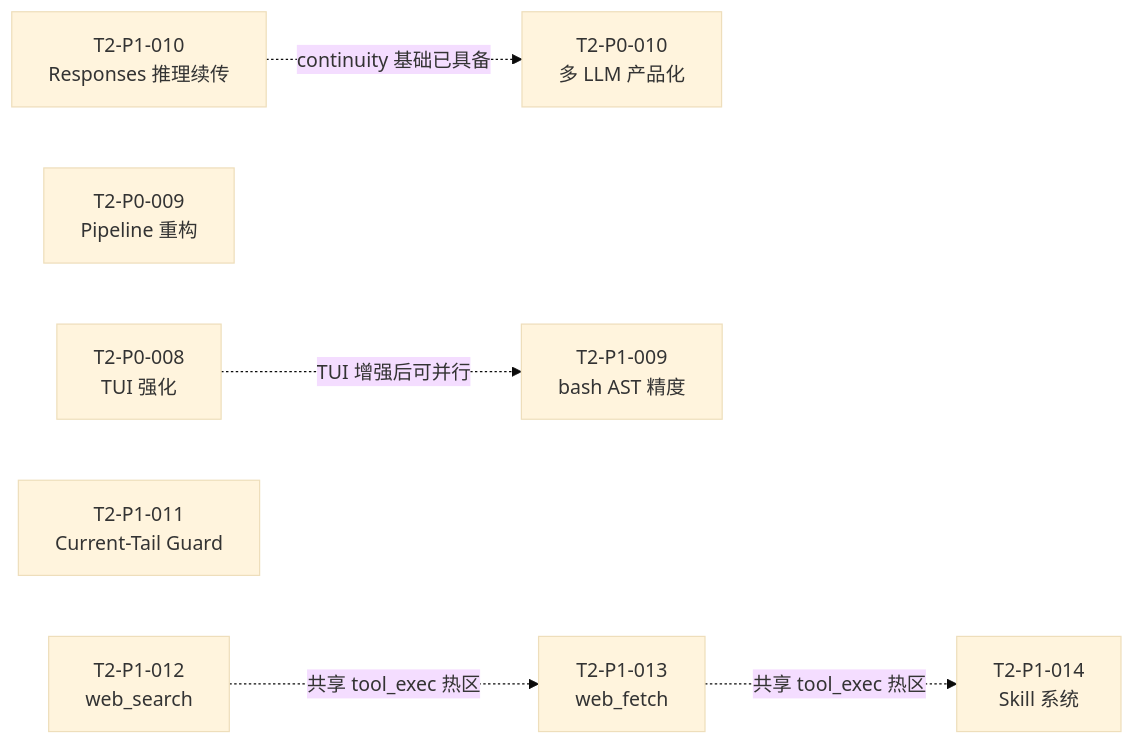
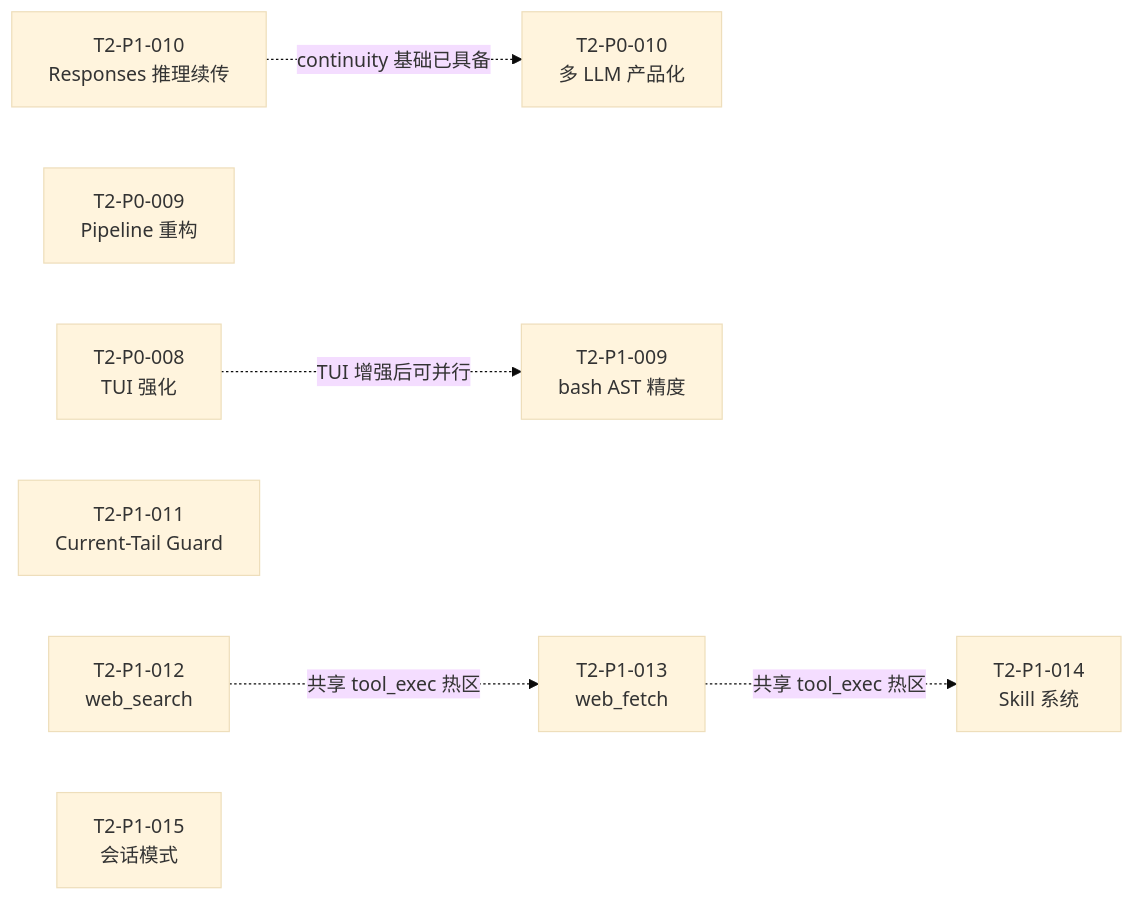
The diagram in tomcat/docs/agents/TASK_BOARD_002/README.md (teisun/tomcat-agent), drawn with Mermaid (base theme) before and after one commit. The commit also changed other lines of this file and 68 other files, not shown here.

````diff
--- a/tomcat/docs/agents/TASK_BOARD_002/README.md
+++ b/tomcat/docs/agents/TASK_BOARD_002/README.md
@@ -52,22 +53,24 @@
 ```mermaid
 flowchart LR
     P008[T2-P0-008<br/>TUI 强化]
     P009[T2-P0-009<br/>Pipeline 重构]
     P010[T2-P0-010<br/>多 LLM 产品化]
     P109[T2-P1-009<br/>bash AST 精度]
     P110[T2-P1-010<br/>Responses 推理续传]
     P111[T2-P1-011<br/>Current-Tail Guard]
     P112[T2-P1-012<br/>web_search]
     P113[T2-P1-013<br/>web_fetch]
     P114[T2-P1-014<br/>Skill 系统]
+    P115[T2-P1-015<br/>会话模式]
     P008 -.->|TUI 增强后可并行| P109
     P112 -.->|共享 tool_exec 热区| P113
     P113 -.->|共享 tool_exec 热区| P114
     P110 -.->|continuity 基础已具备| P010
     P009
     P110
     P111
     P112
     P113
     P114
+    P115
 ```
````
